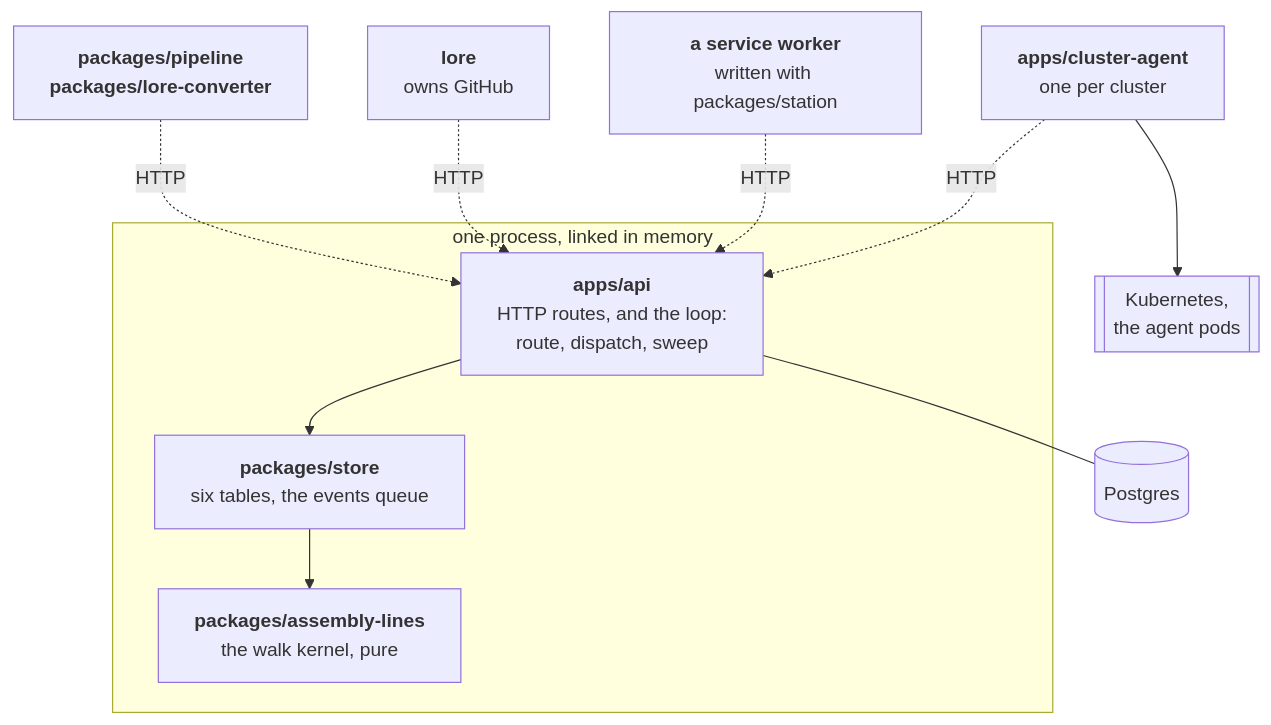
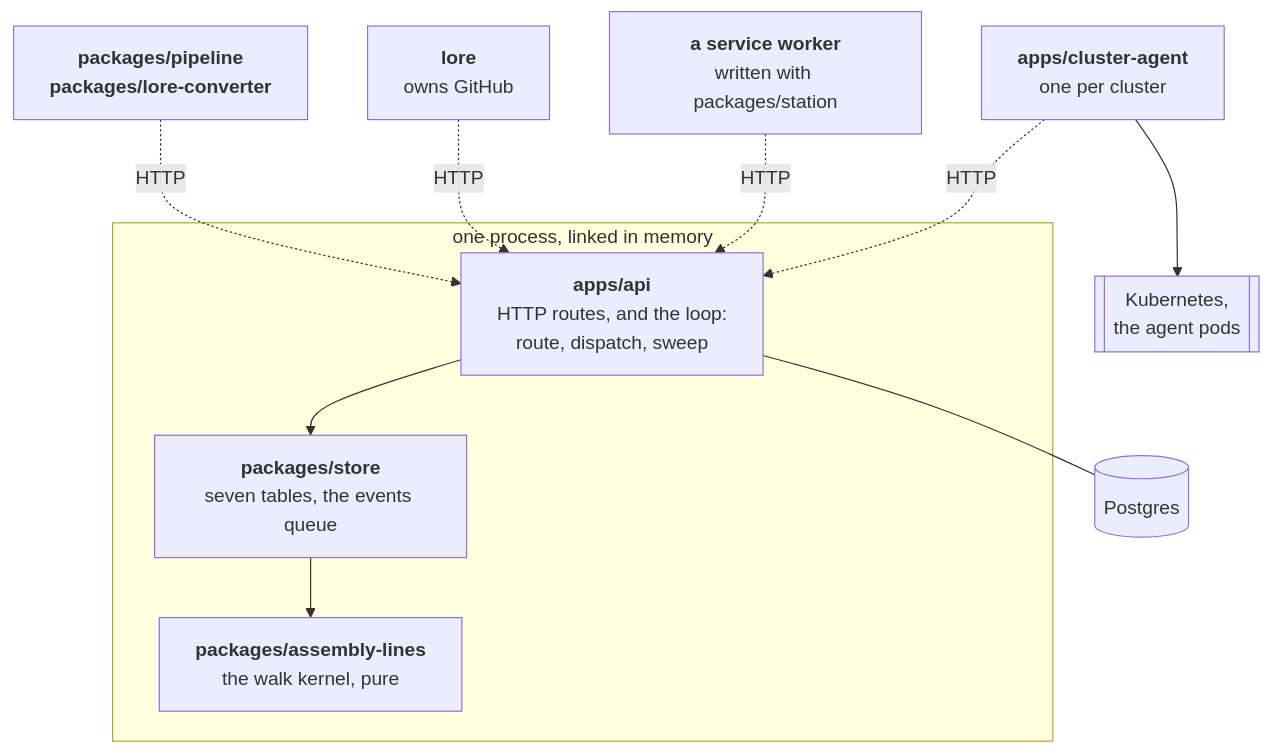
One commit to re-cinq/floor changed the first of 2 diagrams in README.md. Above: the diagram before and after it, drawn with Mermaid. The commit also changed 12 other files, not shown here.

````diff
--- a/README.md
+++ b/README.md
@@ -31,24 +31,24 @@
 ```mermaid
 flowchart TB
     subgraph inside["one process, linked in memory"]
         api["<b>apps/api</b><br/>HTTP routes, and the loop:<br/>route, dispatch, sweep"]
-        store["<b>packages/store</b><br/>six tables, the events queue"]
+        store["<b>packages/store</b><br/>seven tables, the events queue"]
         kernel["<b>packages/assembly-lines</b><br/>the walk kernel, pure"]
         api --> store --> kernel
     end
 
     pg[("Postgres")]
     api --- pg
 
     cluster["<b>apps/cluster-agent</b><br/>one per cluster"]
     worker["<b>a service worker</b><br/>written with packages/station"]
     lore["<b>lore</b><br/>owns GitHub"]
     tools["<b>packages/pipeline</b><br/><b>packages/lore-converter</b>"]
     k8s[["Kubernetes,<br/>the agent pods"]]
 
     cluster -. HTTP .-> api
     worker -. HTTP .-> api
     lore -. HTTP .-> api
     tools -. HTTP .-> api
     cluster --> k8s
 ```
````
